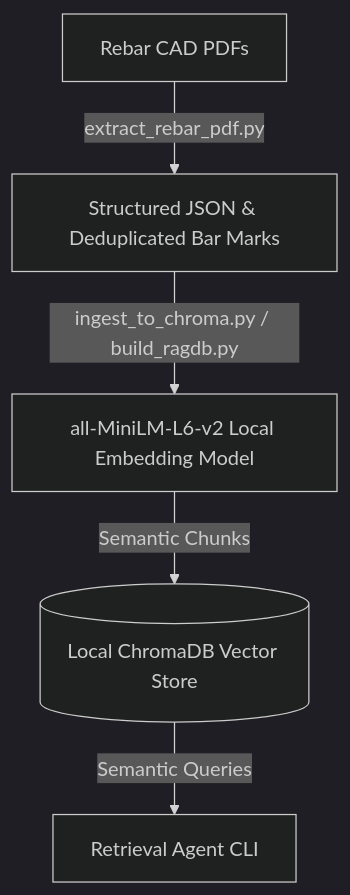
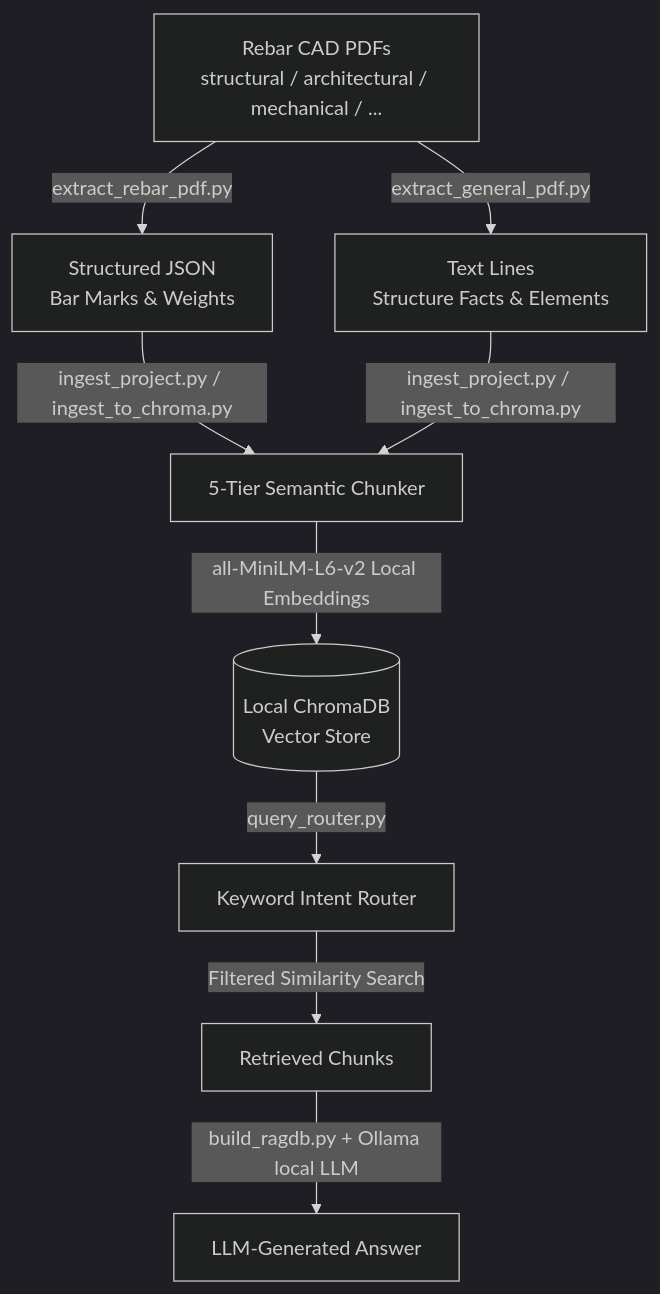
The diagram in README.md (Dakshin10/Construct_ai_PyMuPDF), drawn with Mermaid (dark theme) before and after one commit. The commit also changed other lines of this file and 17 other files, not shown here.

````diff
--- a/README.md
+++ b/README.md
@@ -36,7 +41,10 @@
 ```mermaid
 graph TD
-    A[Rebar CAD PDFs] -->|extract_rebar_pdf.py| B[Structured JSON & Deduplicated Bar Marks]
-    B -->|ingest_to_chroma.py / build_ragdb.py| C[all-MiniLM-L6-v2 Local Embedding Model]
-    C -->|Semantic Chunks| D[(Local ChromaDB Vector Store)]
-    D -->|Semantic Queries| E[Retrieval Agent CLI]
+    A[Rebar CAD PDFs<br/>structural / architectural / mechanical / ...] -->|extract_rebar_pdf.py| B1[Structured JSON<br/>Bar Marks & Weights]
+    A -->|extract_general_pdf.py| B2[Text Lines<br/>Structure Facts & Elements]
+    B1 & B2 -->|ingest_project.py / ingest_to_chroma.py| C[5-Tier Semantic Chunker]
+    C -->|all-MiniLM-L6-v2 Local Embeddings| D[(Local ChromaDB<br/>Vector Store)]
+    D -->|query_router.py| E[Keyword Intent Router]
+    E -->|Filtered Similarity Search| F[Retrieved Chunks]
+    F -->|build_ragdb.py + Ollama local LLM| G[LLM-Generated Answer]
 ```
````
